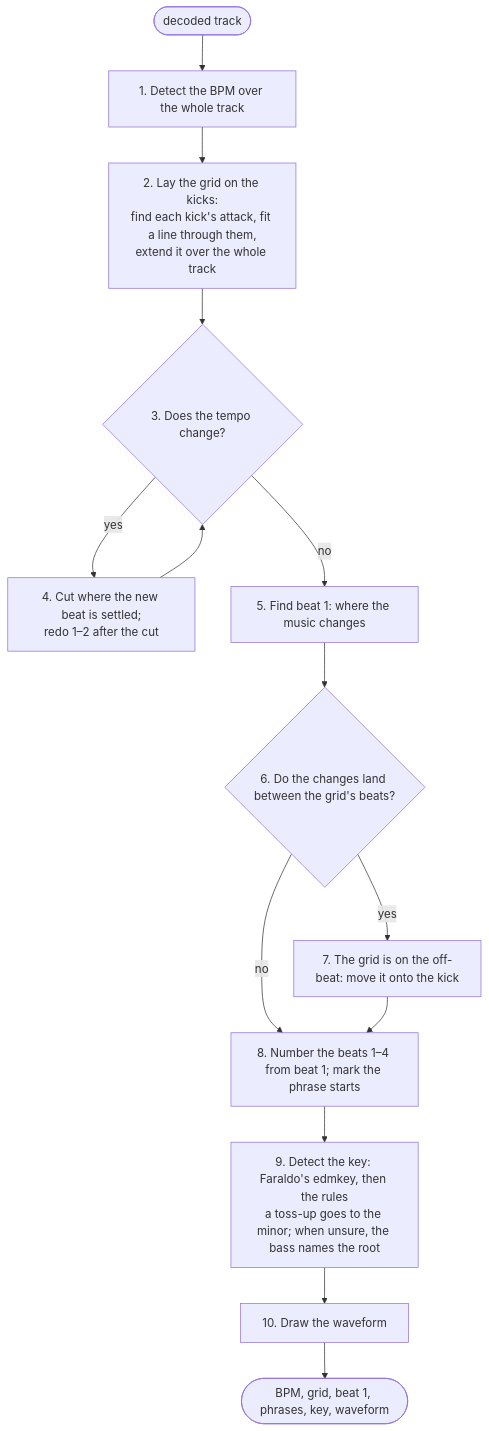
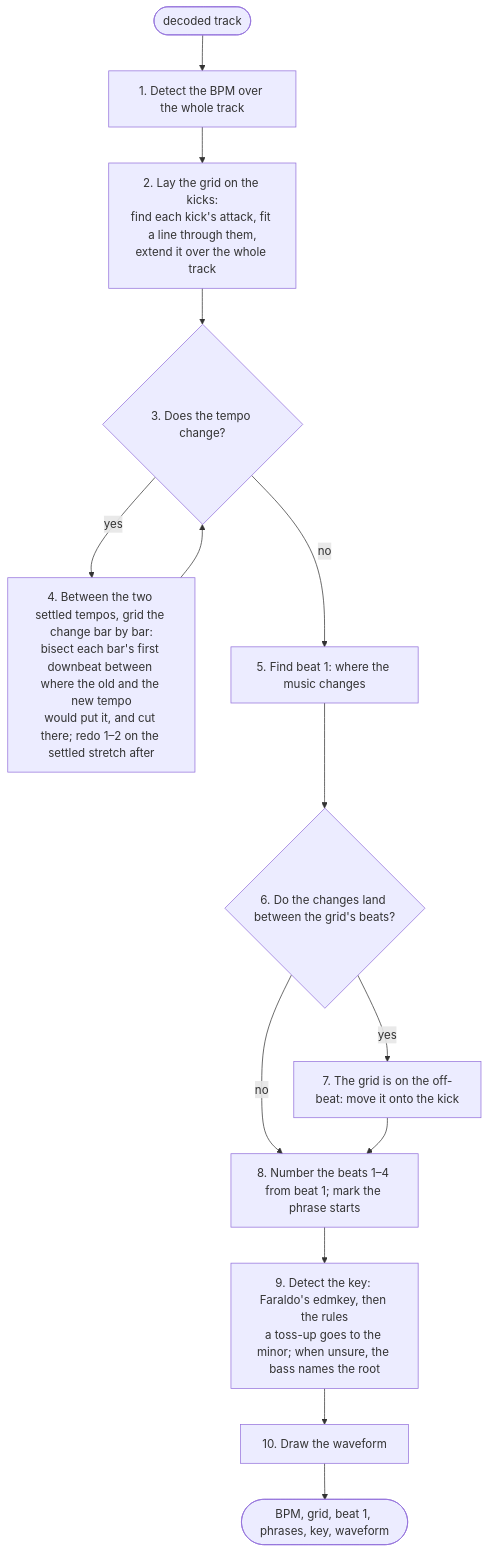
One commit to Wirlax/rbxport changed the diagram in crates/rbl-analysis/README.md. Above: the diagram before and after it, drawn with Mermaid. The commit also changed 2 other files, not shown here.

Commit message:
docs: a gradual tempo change is gridded bar by bar, each downbeat found by bisection between the two settled tempos

````diff
--- a/crates/rbl-analysis/README.md
+++ b/crates/rbl-analysis/README.md
@@ -14,16 +14,16 @@
 ```mermaid
 flowchart TD
     S([decoded track]) --> A[1. Detect the BPM over the whole track]
     A --> B[2. Lay the grid on the kicks:<br/>find each kick's attack, fit a line through them,<br/>extend it over the whole track]
     B --> Q1{3. Does the tempo change?}
-    Q1 -- yes --> C[4. Cut where the new beat is settled;<br/>redo 1–2 after the cut]
+    Q1 -- yes --> C[4. Between the two settled tempos, grid the change bar by bar:<br/>bisect each bar's first downbeat between where the old and the new tempo<br/>would put it, and cut there; redo 1–2 on the settled stretch after]
     C --> Q1
     Q1 -- no --> D[5. Find beat 1: where the music changes]
     D --> Q2{6. Do the changes land between the grid's beats?}
     Q2 -- yes --> E[7. The grid is on the off-beat: move it onto the kick]
     Q2 -- no --> F
     E --> F[8. Number the beats 1–4 from beat 1; mark the phrase starts]
     F --> G[9. Detect the key: Faraldo's edmkey, then the rules<br/>a toss-up goes to the minor; when unsure, the bass names the root]
     G --> H[10. Draw the waveform]
     H --> T([BPM, grid, beat 1, phrases, key, waveform])
 ```
````
